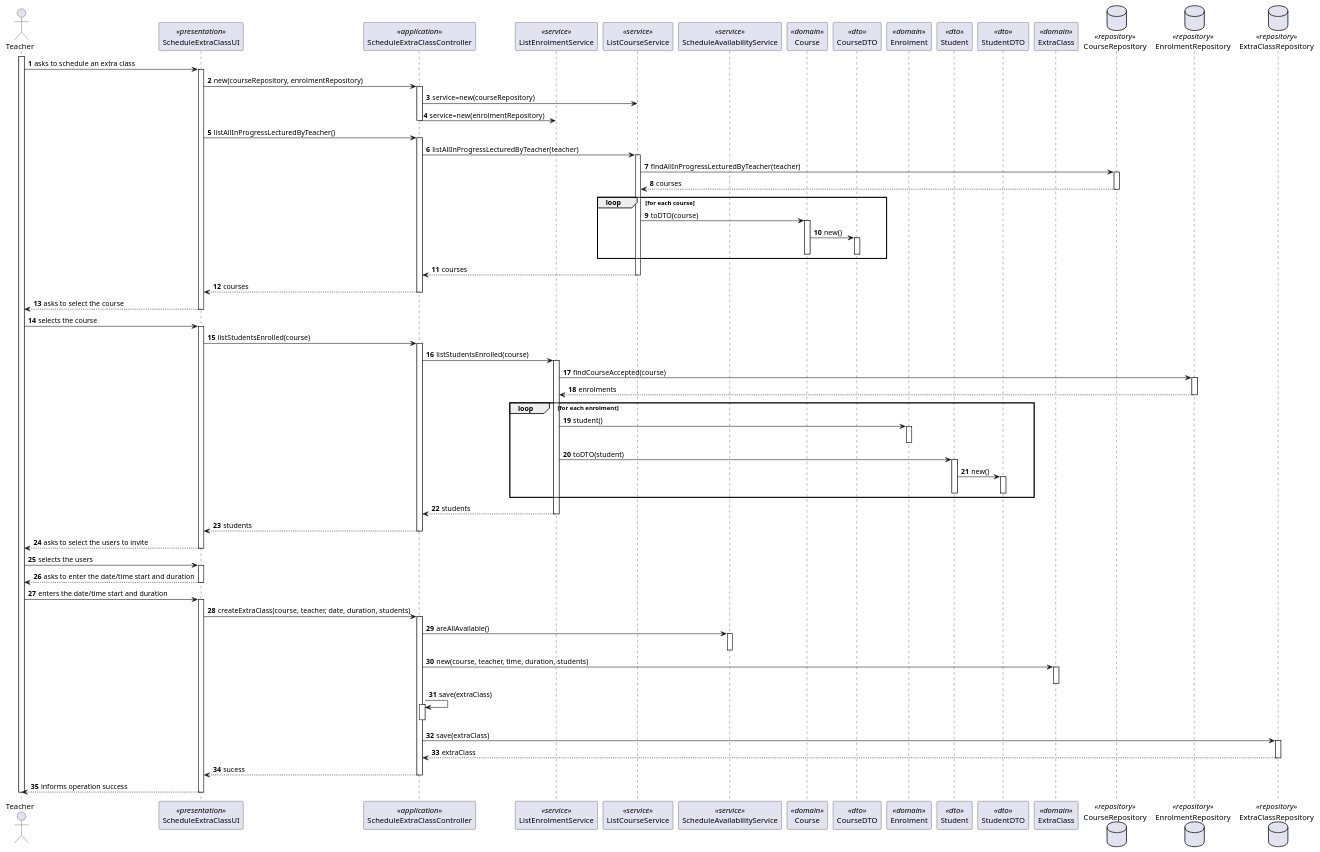
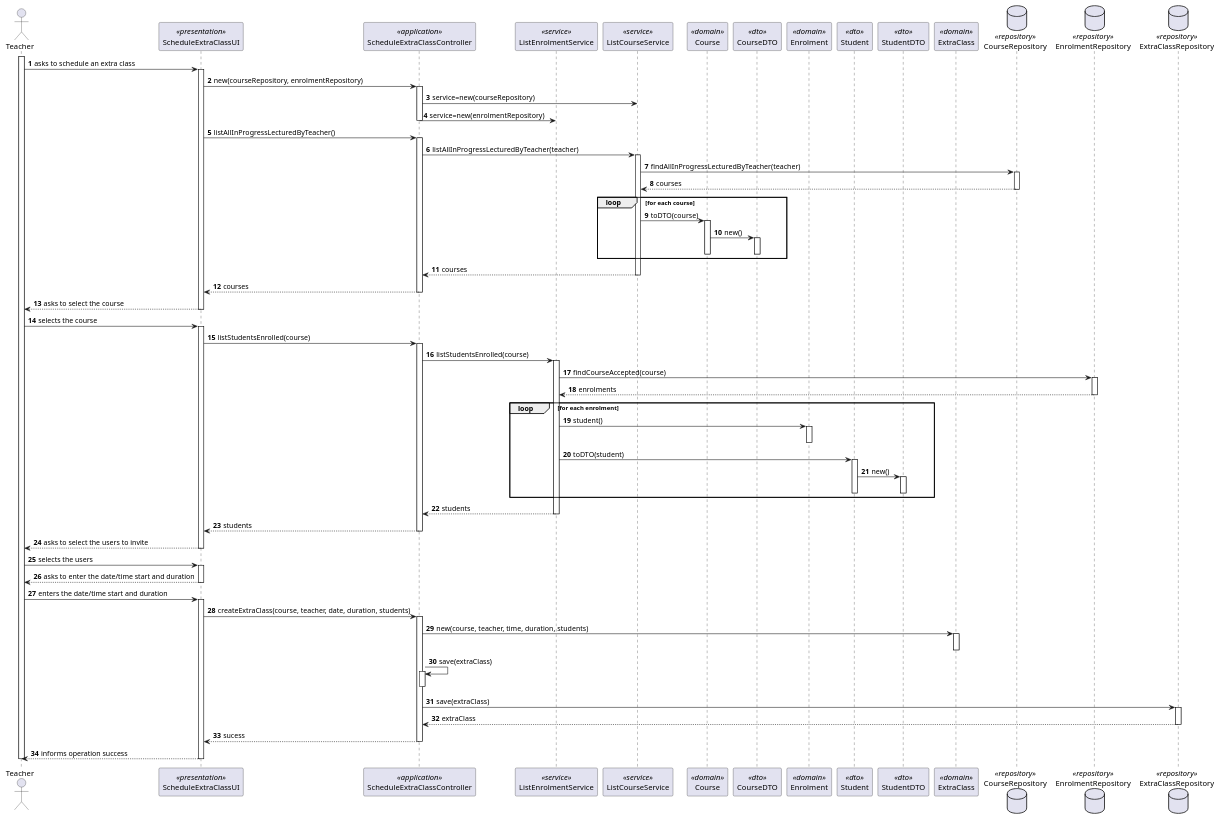
One commit to miseEnPlace-dev/lapr4 changed the diagram in docs/sprint-b/us17-1011/US1011_SD.puml. Above: the diagram before and after it, drawn with PlantUML. The commit also changed 7 other files, not shown here.

```diff
--- a/docs/sprint-b/us17-1011/US1011_SD.puml
+++ b/docs/sprint-b/us17-1011/US1011_SD.puml
@@ -1,122 +1,118 @@
 @startuml US1011_SD
 autonumber
 
 actor "Teacher" as T
 participant "ScheduleExtraClassUI" as UI <<presentation>>
 participant "ScheduleExtraClassController" as CTRL <<application>>
 participant "ListEnrolmentService" as ESRV <<service>>
 participant "ListCourseService" as CSRV <<service>>
-participant "ScheduleAvailabilityService" as SSRV <<service>>
 participant "Course" as C <<domain>>
 participant "CourseDTO" as CDTO <<dto>>
 participant "Enrolment" as E <<domain>>
 participant "Student" as S <<dto>>
 participant "StudentDTO" as SDTO <<dto>>
 participant "ExtraClass" as EX <<domain>>
 
 
 database CourseRepository as CREP <<repository>>
 database EnrolmentRepository as EREP <<repository>>
 database ExtraClassRepository as EXREP <<repository>>
 
 activate T
 
 T -> UI : asks to schedule an extra class
 activate UI
 
 UI -> CTRL : new(courseRepository, enrolmentRepository)
 activate CTRL
 CTRL -> CSRV : service=new(courseRepository)
 CTRL -> ESRV : service=new(enrolmentRepository)
 deactivate CTRL
 
 UI -> CTRL : listAllInProgressLecturedByTeacher()
 activate CTRL
 CTRL -> CSRV : listAllInProgressLecturedByTeacher(teacher)
 activate CSRV
 CSRV -> CREP : findAllInProgressLecturedByTeacher(teacher)
 activate CREP
 CREP --> CSRV : courses
 deactivate CREP
 
 loop for each course
   CSRV -> C : toDTO(course)
   activate C
   C -> CDTO : new()
   activate CDTO
   deactivate CDTO
   deactivate C
 end loop
 
 CSRV --> CTRL : courses
 deactivate CSRV
 CTRL --> UI : courses
 deactivate CTRL
 
 UI --> T : asks to select the course
 deactivate UI
 
 T -> UI : selects the course
 activate UI
 
 UI -> CTRL : listStudentsEnrolled(course)
 activate CTRL
 CTRL -> ESRV : listStudentsEnrolled(course)
 activate ESRV
 ESRV -> EREP : findCourseAccepted(course)
 activate EREP
 EREP --> ESRV : enrolments
 deactivate EREP
 
 loop for each enrolment
   ESRV -> E : student()
   activate E
   deactivate E
 
   ESRV -> S : toDTO(student)
   activate S
   S -> SDTO : new()
   activate SDTO
   deactivate S
   deactivate SDTO
   deactivate E
 end loop
 
 ESRV --> CTRL : students
 deactivate ESRV
 CTRL --> UI : students
 deactivate CTRL
 
 UI --> T : asks to select the users to invite
 deactivate UI
 
 T -> UI : selects the users
 activate UI
 UI--> T : asks to enter the date/time start and duration
 deactivate UI
 
 T -> UI : enters the date/time start and duration
 activate UI
 UI -> CTRL : createExtraClass(course, teacher, date, duration, students)
 activate CTRL
-CTRL -> SSRV : areAllAvailable()
-activate SSRV
-deactivate SSRV
 CTRL -> EX : new(course, teacher, time, duration, students)
 activate EX
 deactivate EX
 CTRL -> CTRL : save(extraClass)
 activate CTRL
 deactivate CTRL
 CTRL -> EXREP : save(extraClass)
 activate EXREP
 EXREP --> CTRL : extraClass
 deactivate EXREP
 CTRL --> UI : sucess
 deactivate CTRL
 UI--> T : informs operation success
 deactivate UI
 
 deactivate T
 
 @enduml
```
